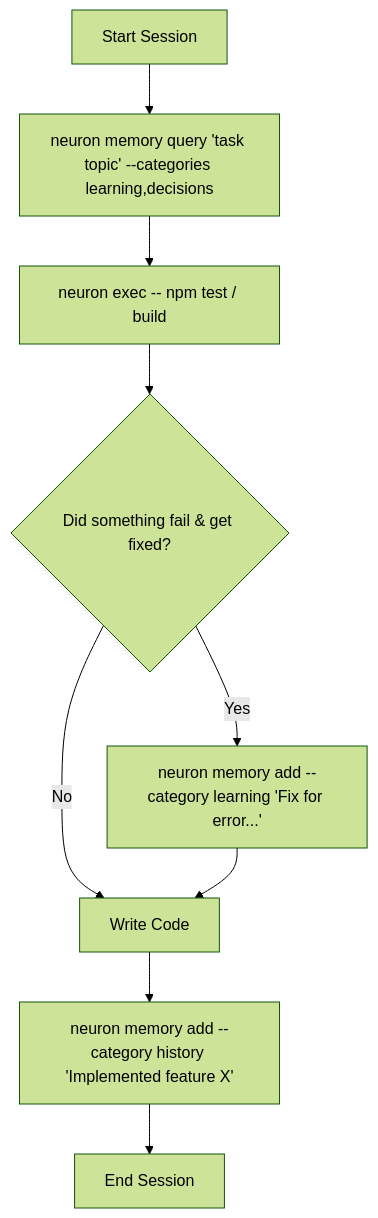
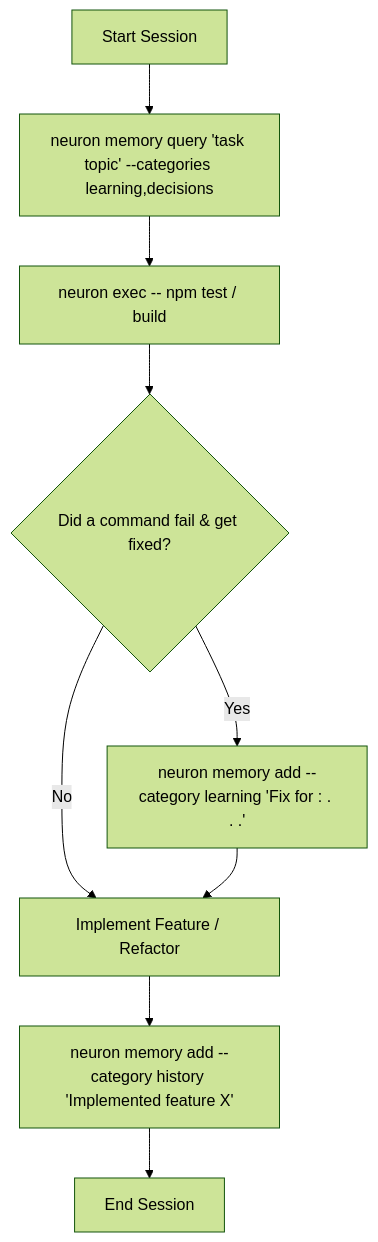
Before and after one commit to kovartravis/neuron: the diagram in README.md, drawn with Mermaid (forest theme). The commit also changed other lines of this file, not shown here.

Commit message:
docs: Rewrite README.md with updated killer features, quickstart, neuron.yaml spec, and neuron memory commands

````diff
--- a/README.md
+++ b/README.md
@@ -115,11 +136,11 @@
 ```mermaid
 graph TD
     A[Start Session] --> B["neuron memory query 'task topic' --categories learning,decisions"]
     B --> C["neuron exec -- npm test / build"]
-    C --> D{Did something fail & get fixed?}
-    D -- Yes --> E["neuron memory add --category learning 'Fix for error...'"]
-    D -- No --> F[Write Code]
+    C --> D{Did a command fail & get fixed?}
+    D -- Yes --> E["neuron memory add --category learning 'Fix for <error>: <context>. <root cause>. <fix>.'"]
+    D -- No --> F[Implement Feature / Refactor]
     E --> F
     F --> G["neuron memory add --category history 'Implemented feature X'"]
     G --> H[End Session]
 ```
````
